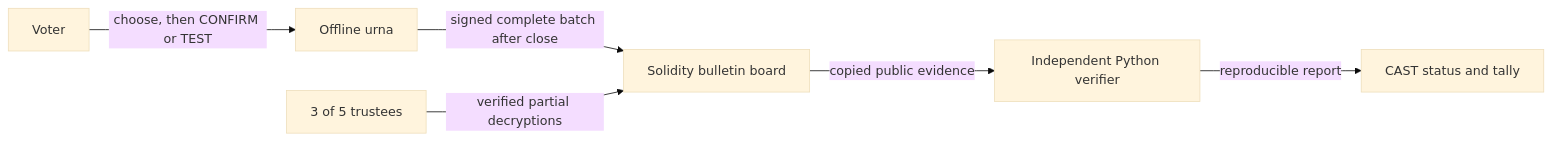
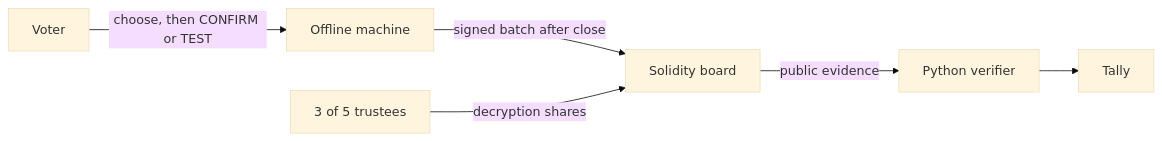
One commit to Hmenez3s/direct-publication changed the diagram in README.md. Above: the diagram before and after it, drawn with Mermaid (base theme). The commit also changed other lines of this file and 1 other file, not shown here.

````diff
--- a/README.md
+++ b/README.md
@@ -21,8 +19,8 @@
 ```mermaid
 flowchart LR
-  V[Voter] -->|choose, then CONFIRM or TEST| U[Offline urna]
-  U -->|signed complete batch after close| B[Solidity bulletin board]
-  B -->|copied public evidence| X[Independent Python verifier]
-  T[3 of 5 trustees] -->|verified partial decryptions| B
-  X -->|reproducible report| R[CAST status and tally]
+  V[Voter] -->|choose, then CONFIRM or TEST| U[Offline machine]
+  U -->|signed batch after close| B[Solidity board]
+  B -->|public evidence| X[Python verifier]
+  T[3 of 5 trustees] -->|decryption shares| B
+  X --> R[Tally]
 ```
````
